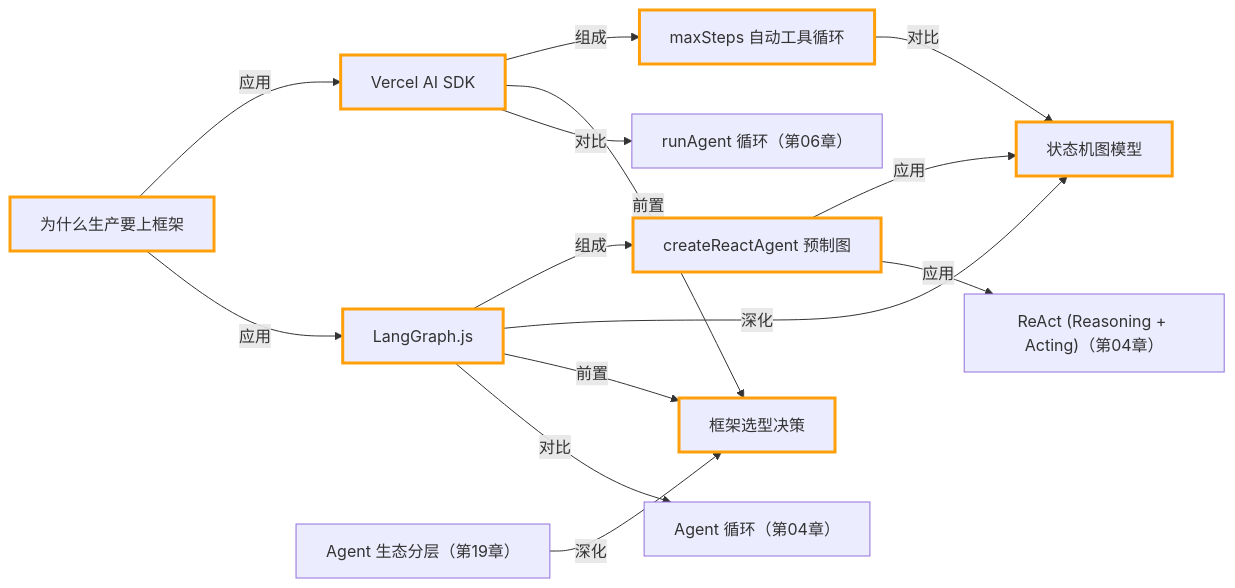
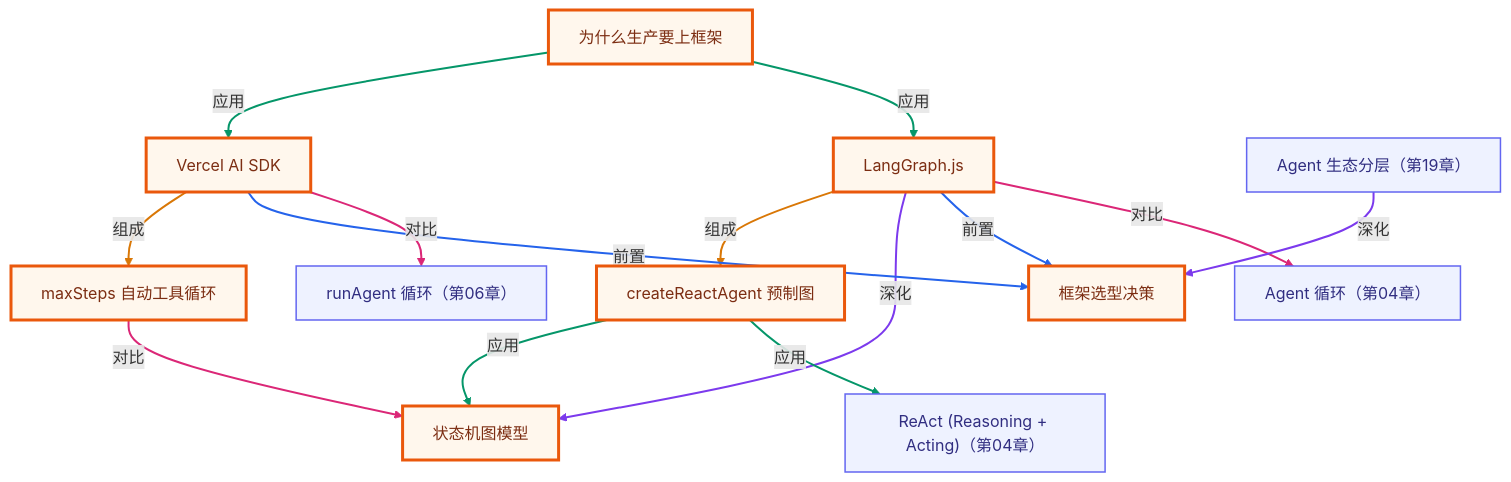
The second of 2 diagrams in lessons/12-intro-to-frameworks/README.md (songuu/agent), drawn with Mermaid before and after one commit. The commit also changed other lines of this file and 72 other files, not shown here.

````diff
--- a/lessons/12-intro-to-frameworks/README.md
+++ b/lessons/12-intro-to-frameworks/README.md
@@ -234,34 +236,44 @@
 ```mermaid
-graph LR
+graph TB
+  classDef own fill:#fff7ed,stroke:#ea580c,stroke-width:3px,color:#7c2d12;
+  classDef cross fill:#eef2ff,stroke:#6366f1,stroke-width:1.5px,color:#312e81;
   n_c12_why_frameworks["为什么生产要上框架"]
   n_c12_vercel_ai_sdk["Vercel AI SDK"]
   n_c12_max_steps["maxSteps 自动工具循环"]
   n_c12_langgraph["LangGraph.js"]
   n_c12_react_agent["createReactAgent 预制图"]
   n_c12_state_graph["状态机图模型"]
   n_c12_framework_choice["框架选型决策"]
   n_c06_run_agent_loop["runAgent 循环（第06章）"]
   n_c04_agent_loop["Agent 循环（第04章）"]
   n_c04_react["ReAct (Reasoning + Acting)（第04章）"]
   n_c19_ecosystem_layers["Agent 生态分层（第19章）"]
   n_c12_why_frameworks -->|应用| n_c12_vercel_ai_sdk
   n_c12_why_frameworks -->|应用| n_c12_langgraph
   n_c12_vercel_ai_sdk -->|组成| n_c12_max_steps
   n_c12_langgraph -->|组成| n_c12_react_agent
   n_c12_langgraph -->|深化| n_c12_state_graph
   n_c12_react_agent -->|应用| n_c12_state_graph
   n_c12_max_steps -->|对比| n_c12_state_graph
   n_c12_vercel_ai_sdk -->|前置| n_c12_framework_choice
   n_c12_langgraph -->|前置| n_c12_framework_choice
   n_c12_vercel_ai_sdk -->|对比| n_c06_run_agent_loop
   n_c12_langgraph -->|对比| n_c04_agent_loop
   n_c12_react_agent -->|应用| n_c04_react
   n_c19_ecosystem_layers -->|深化| n_c12_framework_choice
-  style n_c12_why_frameworks stroke:#ff9f0a,stroke-width:3px
-  style n_c12_vercel_ai_sdk stroke:#ff9f0a,stroke-width:3px
-  style n_c12_max_steps stroke:#ff9f0a,stroke-width:3px
-  style n_c12_langgraph stroke:#ff9f0a,stroke-width:3px
-  style n_c12_react_agent stroke:#ff9f0a,stroke-width:3px
-  style n_c12_state_graph stroke:#ff9f0a,stroke-width:3px
-  style n_c12_framework_choice stroke:#ff9f0a,stroke-width:3px
+  class n_c12_why_frameworks,n_c12_vercel_ai_sdk,n_c12_max_steps,n_c12_langgraph,n_c12_react_agent,n_c12_state_graph,n_c12_framework_choice own;
+  class n_c06_run_agent_loop,n_c04_agent_loop,n_c04_react,n_c19_ecosystem_layers cross;
+  linkStyle 0 stroke:#059669,stroke-width:2px;
+  linkStyle 1 stroke:#059669,stroke-width:2px;
+  linkStyle 2 stroke:#d97706,stroke-width:2px;
+  linkStyle 3 stroke:#d97706,stroke-width:2px;
+  linkStyle 4 stroke:#7c3aed,stroke-width:2px;
+  linkStyle 5 stroke:#059669,stroke-width:2px;
+  linkStyle 6 stroke:#db2777,stroke-width:2px;
+  linkStyle 7 stroke:#2563eb,stroke-width:2px;
+  linkStyle 8 stroke:#2563eb,stroke-width:2px;
+  linkStyle 9 stroke:#db2777,stroke-width:2px;
+  linkStyle 10 stroke:#db2777,stroke-width:2px;
+  linkStyle 11 stroke:#059669,stroke-width:2px;
+  linkStyle 12 stroke:#7c3aed,stroke-width:2px;
 ```
````
